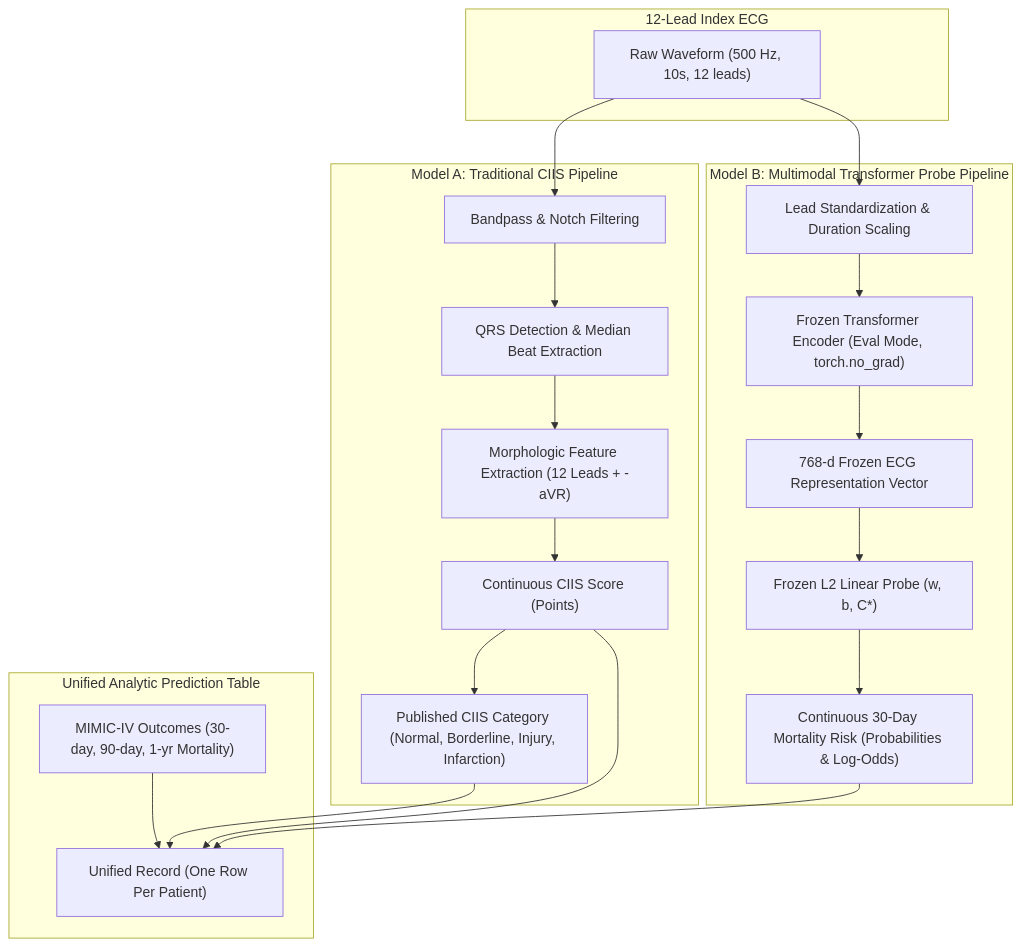
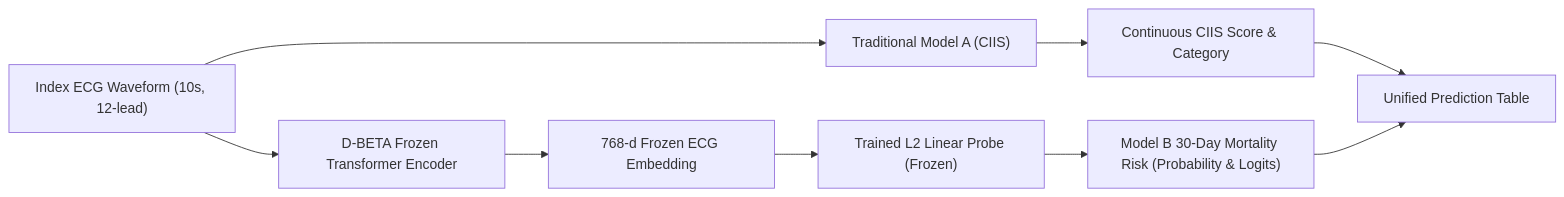
One commit to SaehwanPark/ecg-model-alignment changed the diagram in reports/continuous-predictions.md. Above: the diagram before and after it, drawn with Mermaid. The commit also changed other lines of this file and 18 other files, not shown here.

````diff
--- a/reports/continuous-predictions.md
+++ b/reports/continuous-predictions.md
@@ -22,29 +16,11 @@
 ```mermaid
-flowchart TD
-  subgraph Input["12-Lead Index ECG"]
-    W["Raw Waveform (500 Hz, 10s, 12 leads)"]
-  end
-
-  subgraph ModelA["Model A: Traditional CIIS Pipeline"]
-    W --> A1["Bandpass & Notch Filtering"]
-    A1 --> A2["QRS Detection & Median Beat Extraction"]
-    A2 --> A3["Morphologic Feature Extraction (12 Leads + -aVR)"]
-    A3 --> A4["Continuous CIIS Score (Points)"]
-    A4 --> A5["Published CIIS Category (Normal, Borderline, Injury, Infarction)"]
-  end
-
-  subgraph ModelB["Model B: Multimodal Transformer Probe Pipeline"]
-    W --> B1["Lead Standardization & Duration Scaling"]
-    B1 --> B2["Frozen Transformer Encoder (Eval Mode, torch.no_grad)"]
-    B2 --> B3["768-d Frozen ECG Representation Vector"]
-    B3 --> B4["Frozen L2 Linear Probe (w, b, C*)"]
-    B4 --> B5["Continuous 30-Day Mortality Risk (Probabilities & Log-Odds)"]
-  end
-
-  subgraph UnifiedTable["Unified Analytic Prediction Table"]
-    A4 --> U["Unified Record (One Row Per Patient)"]
-    A5 --> U
-    B5 --> U
-    C_OUT["MIMIC-IV Outcomes (30-day, 90-day, 1-yr Mortality)"] --> U
-  end
+flowchart LR
+  A["Index ECG Waveform (10s, 12-lead)"] --> B["Traditional Model A (CIIS)"]
+  A --> C["D-BETA Frozen Transformer Encoder"]
+  C --> D["768-d Frozen ECG Embedding"]
+  D --> E["Trained L2 Linear Probe (Frozen)"]
+  B --> F["Continuous CIIS Score & Category"]
+  E --> G["Model B 30-Day Mortality Risk (Probability & Logits)"]
+  F --> H["Unified Prediction Table"]
+  G --> H
 ```
````
